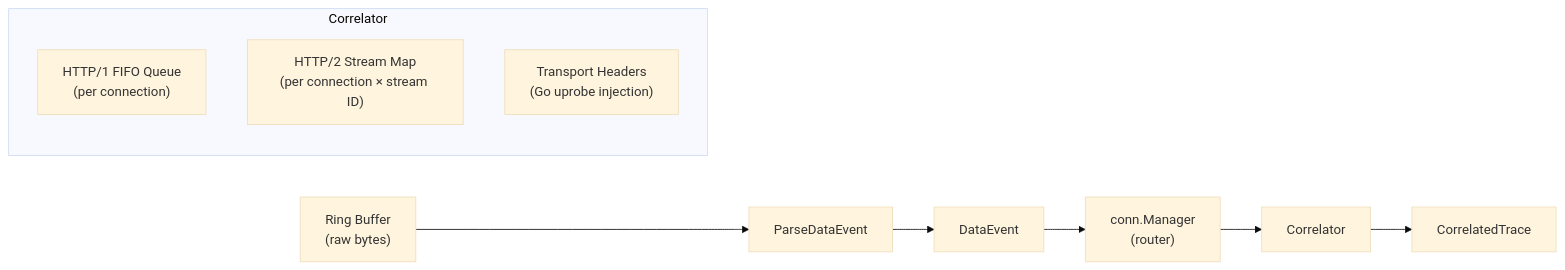
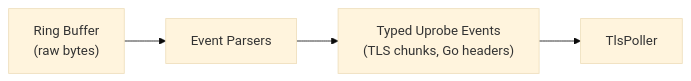
One commit to kubearmor/KubeArmor changed the diagram in KubeArmor/apiObserver/events/README.md. Above: the diagram before and after it, drawn with Mermaid (base theme). The commit also changed other lines of this file and 65 other files, not shown here.

````diff
--- a/KubeArmor/apiObserver/events/README.md
+++ b/KubeArmor/apiObserver/events/README.md
@@ -13,15 +12,6 @@
 ```mermaid
 flowchart LR
-    RB["Ring Buffer\n(raw bytes)"] --> PDE["ParseDataEvent"]
-    PDE --> DE["DataEvent"]
-    DE --> CM["conn.Manager\n(router)"]
-    CM --> COR["Correlator"]
-
-    subgraph Correlator
-        H1Q["HTTP/1 FIFO Queue\n(per connection)"]
-        H2M["HTTP/2 Stream Map\n(per connection × stream ID)"]
-        TH["Transport Headers\n(Go uprobe injection)"]
-    end
-
-    COR --> CT["CorrelatedTrace"]
+    RB["Ring Buffer\n(raw bytes)"] --> PDE["Event Parsers"]
+    PDE --> TPE["Typed Uprobe Events\n(TLS chunks, Go headers)"]
+    TPE --> TP["TlsPoller"]
 ```
````
